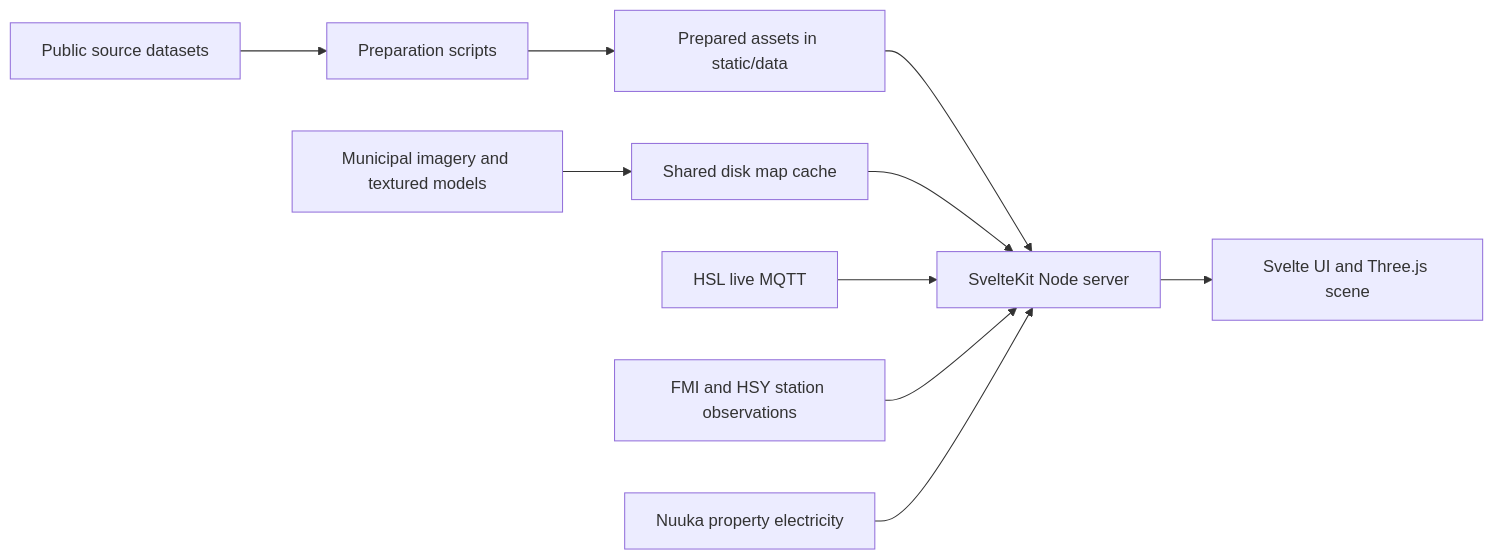
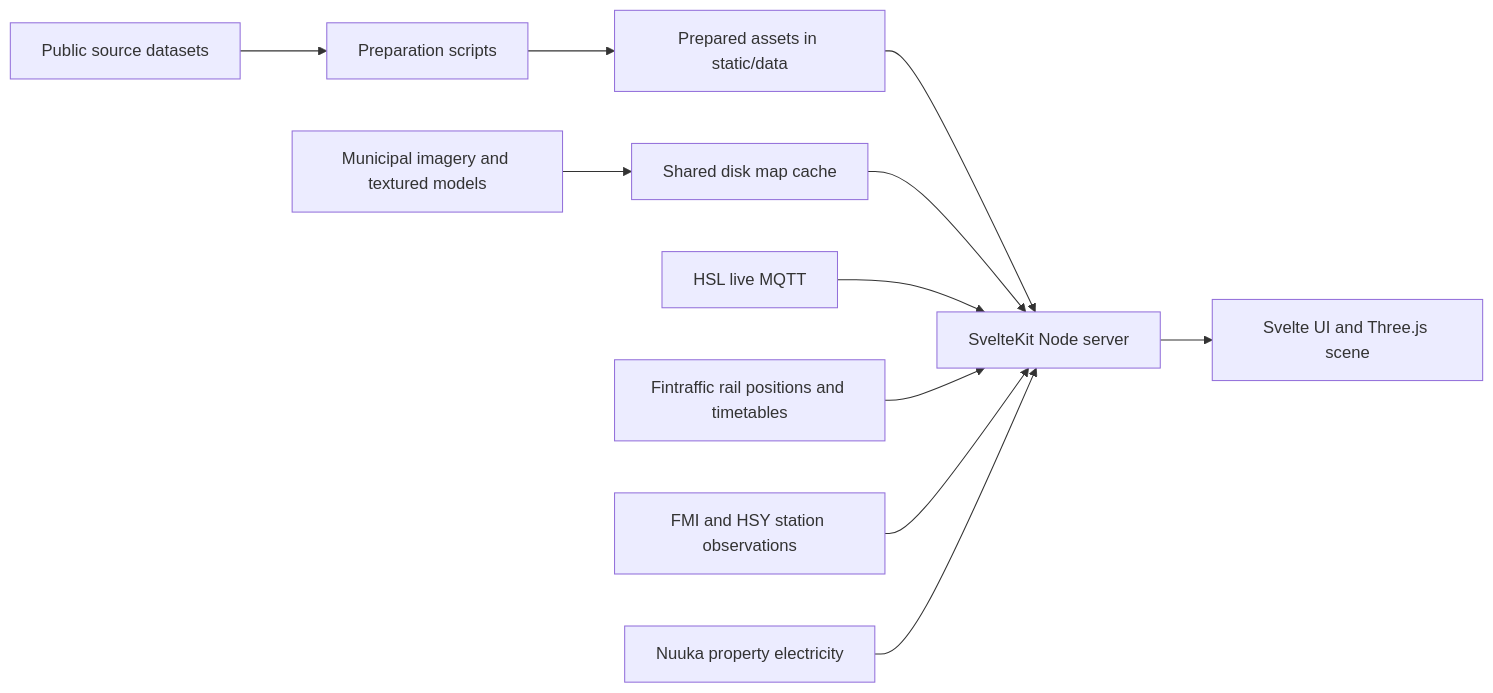
The diagram in README.md (getodacu/helsinki-dt), drawn with Mermaid before and after one commit. The commit also changed other lines of this file and 40 other files, not shown here.

Commit message:
Add live Fintraffic rail tracking and station departures

````diff
--- a/README.md
+++ b/README.md
@@ -63,12 +64,13 @@
 ```mermaid
 flowchart LR
     Sources[Public source datasets] --> Preparation[Preparation scripts]
     Preparation --> Prepared[Prepared assets in static/data]
     Prepared --> App[SvelteKit Node server]
     Municipal[Municipal imagery and textured models] --> Cache[Shared disk map cache]
     Cache --> App
     HSL[HSL live MQTT] --> App
+    Rail[Fintraffic rail positions and timetables] --> App
     Observations[FMI and HSY station observations] --> App
     Nuuka[Nuuka property electricity] --> App
     App --> Browser[Svelte UI and Three.js scene]
 ```
````
